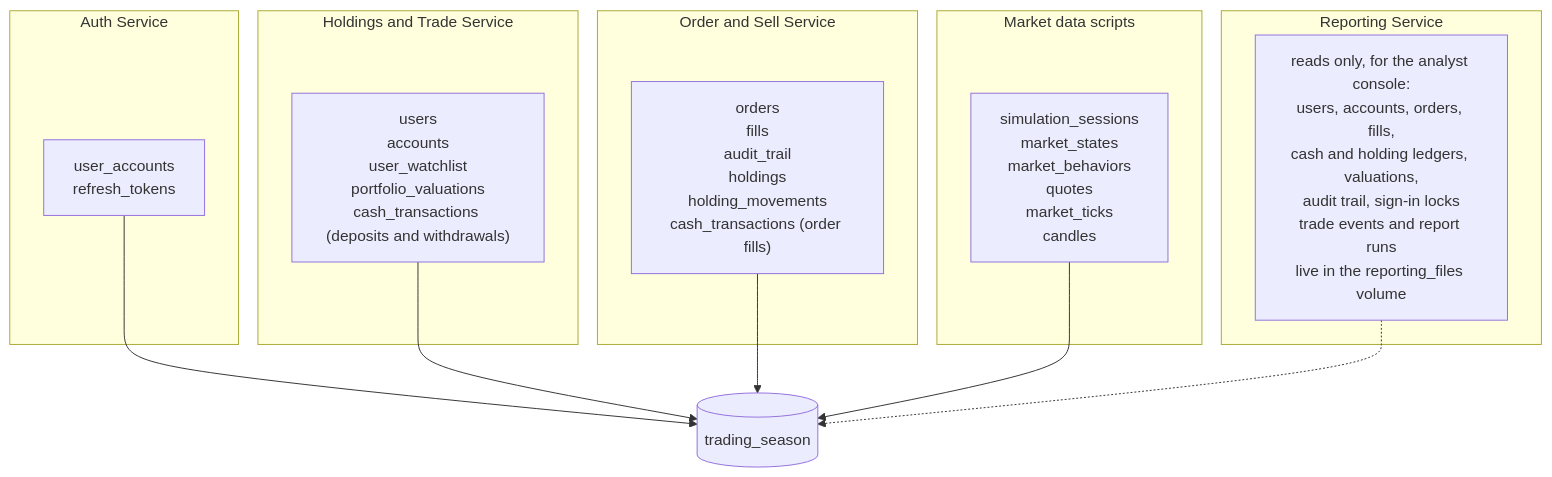
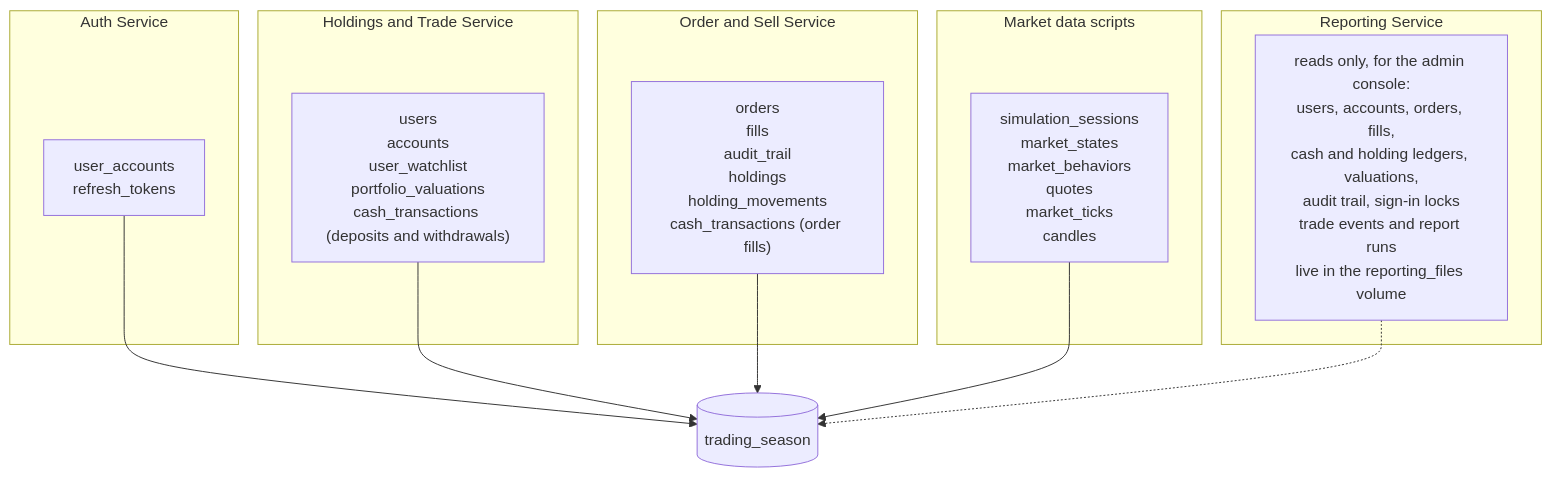
One commit to seankcheema/trading-season changed the fourth of 5 diagrams in README.md. Above: the diagram before and after it, drawn with Mermaid. The commit also changed other lines of this file and 51 other files, not shown here.

Commit message:
implementing admin vs analyst access dua-35

````diff
--- a/README.md
+++ b/README.md
@@ -125,24 +125,24 @@
 ```mermaid
 flowchart TB
     subgraph Auth["Auth Service"]
         A1["user_accounts<br/>refresh_tokens"]
     end
     subgraph HT["Holdings and Trade Service"]
         H1["users<br/>accounts<br/>user_watchlist<br/>portfolio_valuations<br/>cash_transactions (deposits and withdrawals)"]
     end
     subgraph OS["Order and Sell Service"]
         O1["orders<br/>fills<br/>audit_trail<br/>holdings<br/>holding_movements<br/>cash_transactions (order fills)"]
     end
     subgraph MD["Market data scripts"]
         M1["simulation_sessions<br/>market_states<br/>market_behaviors<br/>quotes<br/>market_ticks<br/>candles"]
     end
     subgraph RS["Reporting Service"]
-        R1["reads only, for the analyst console:<br/>users, accounts, orders, fills,<br/>cash and holding ledgers, valuations,<br/>audit trail, sign-in locks<br/>trade events and report runs<br/>live in the reporting_files volume"]
+        R1["reads only, for the admin console:<br/>users, accounts, orders, fills,<br/>cash and holding ledgers, valuations,<br/>audit trail, sign-in locks<br/>trade events and report runs<br/>live in the reporting_files volume"]
     end
     DB[("trading_season")]
     A1 --> DB
     H1 --> DB
     O1 --> DB
     M1 --> DB
     R1 -.-> DB
 ```
````
